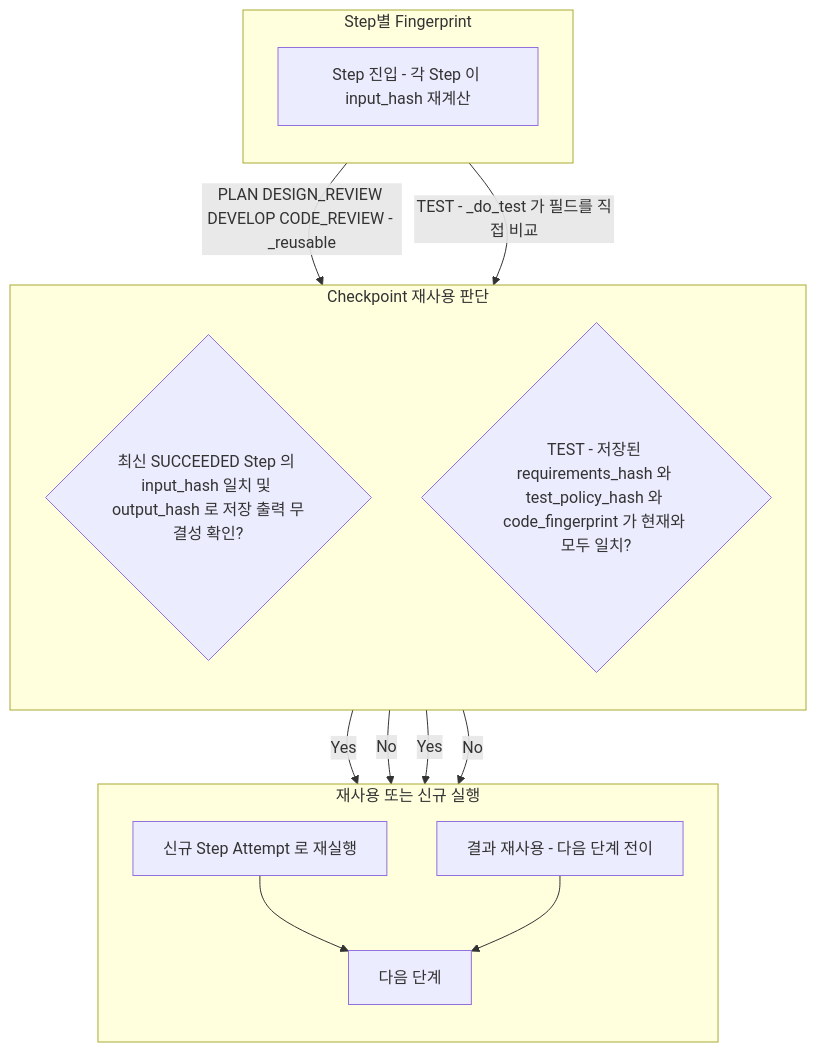
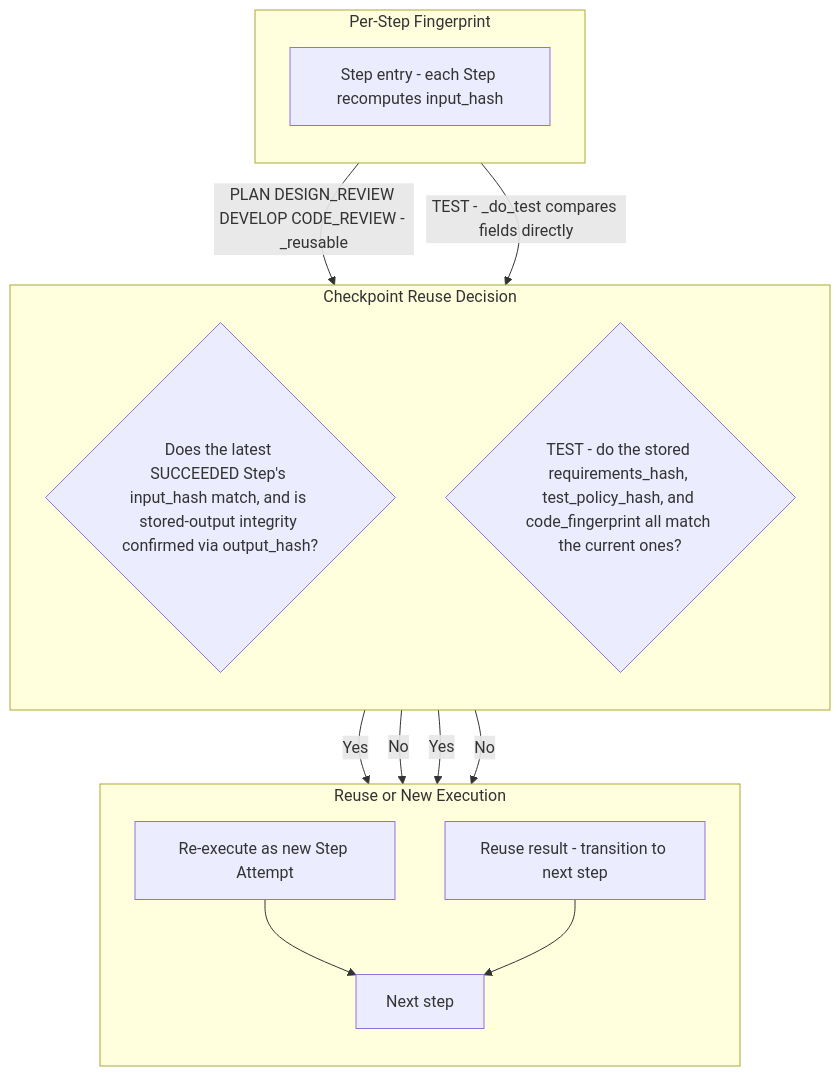
The second of 2 diagrams in docs/workflow/10-invalidation.md (mdgome/orchestra-ai), drawn with Mermaid before and after one commit. The commit also changed other lines of this file and 31 other files, not shown here.

````diff
--- a/docs/workflow/10-invalidation.md
+++ b/docs/workflow/10-invalidation.md
@@ -55,29 +57,29 @@
 ```mermaid
 flowchart TD
-    subgraph HASH["Step별 Fingerprint"]
+    subgraph HASH["Per-Step Fingerprint"]
         direction TB
-        H["Step 진입 - 각 Step 이 input_hash 재계산"]
+        H["Step entry - each Step recomputes input_hash"]
     end
 
-    subgraph CHECK["Checkpoint 재사용 판단"]
+    subgraph CHECK["Checkpoint Reuse Decision"]
         direction TB
-        J{"최신 SUCCEEDED Step 의 input_hash 일치 및 output_hash 로 저장 출력 무결성 확인?"}
-        TJ{"TEST - 저장된 requirements_hash 와 test_policy_hash 와 code_fingerprint 가 현재와 모두 일치?"}
+        J{"Does the latest SUCCEEDED Step's input_hash match, and is stored-output integrity confirmed via output_hash?"}
+        TJ{"TEST - do the stored requirements_hash, test_policy_hash, and code_fingerprint all match the current ones?"}
     end
 
-    subgraph RESULT["재사용 또는 신규 실행"]
+    subgraph RESULT["Reuse or New Execution"]
         direction TB
-        REUSE["결과 재사용 - 다음 단계 전이"]
-        RUN["신규 Step Attempt 로 재실행"]
-        NEXT["다음 단계"]
+        REUSE["Reuse result - transition to next step"]
+        RUN["Re-execute as new Step Attempt"]
+        NEXT["Next step"]
         RUN --> NEXT
         REUSE --> NEXT
     end
 
     H -->|"PLAN DESIGN_REVIEW DEVELOP CODE_REVIEW - _reusable"| J
-    H -->|"TEST - _do_test 가 필드를 직접 비교"| TJ
+    H -->|"TEST - _do_test compares fields directly"| TJ
     J -->|"Yes"| REUSE
     J -->|"No"| RUN
     TJ -->|"Yes"| REUSE
     TJ -->|"No"| RUN
 ```
````
